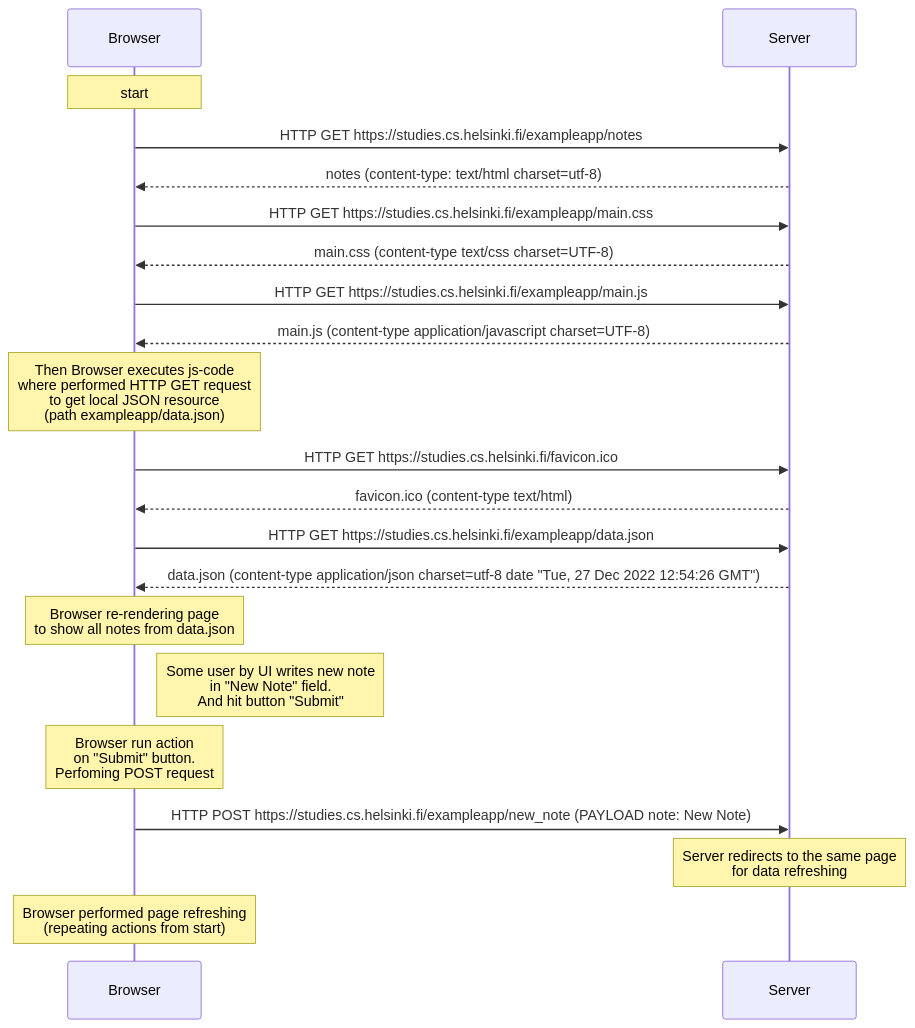
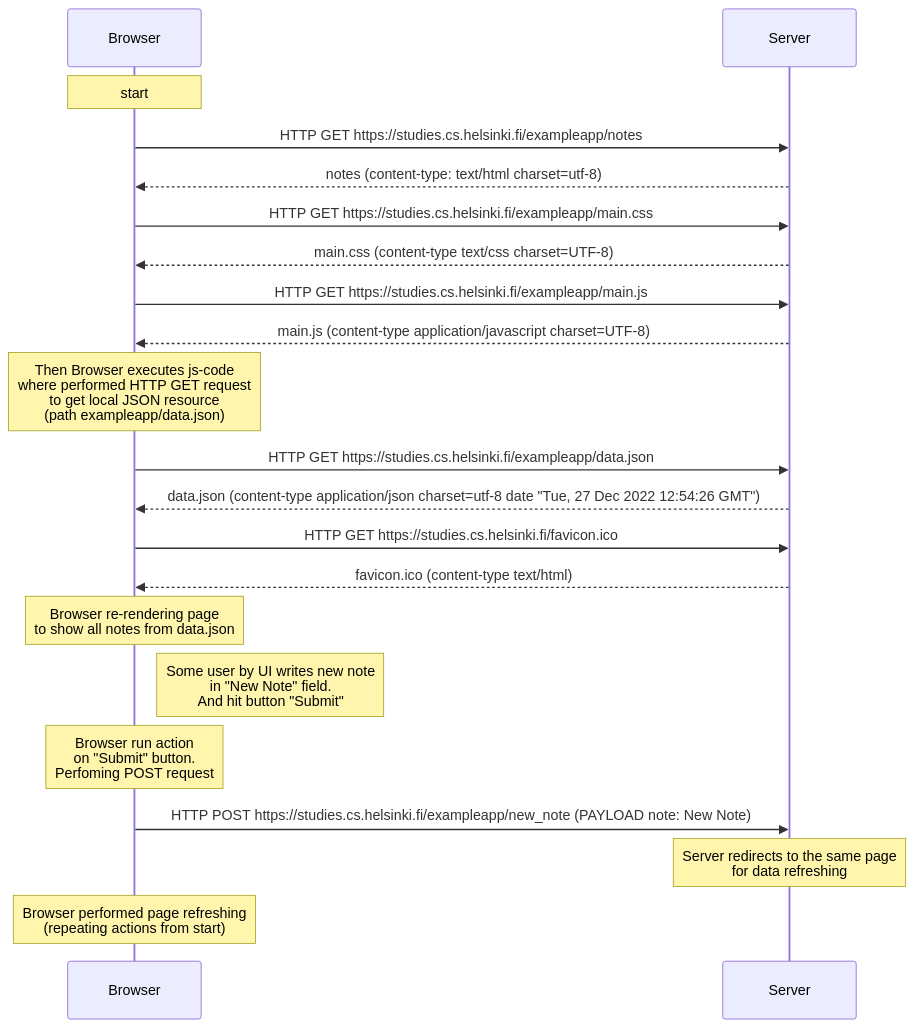
The diagram in PART 0/ex4.md (alfirst/mluukkai), drawn with Mermaid before and after one commit. The commit also changed other lines of this file, not shown here.

````diff
--- a/PART 0/ex4.md
+++ b/PART 0/ex4.md
@@ -1,33 +1,33 @@
 ```mermaid
 sequenceDiagram
 
 note over Browser: start 
 Browser->>Server: HTTP GET https://studies.cs.helsinki.fi/exampleapp/notes
 Server-->>Browser: notes (content-type: text/html charset=utf-8)
 
 Browser->>Server: HTTP GET https://studies.cs.helsinki.fi/exampleapp/main.css
 Server-->>Browser: main.css (content-type text/css charset=UTF-8)
 
 Browser->>Server: HTTP GET https://studies.cs.helsinki.fi/exampleapp/main.js
 Server-->>Browser: main.js (content-type application/javascript charset=UTF-8)
 
 note over Browser: Then Browser executes js-code <br/> where performed HTTP GET request <br/> to get local JSON resource <br/> (path exampleapp/data.json)
 
+Browser->>Server: HTTP GET https://studies.cs.helsinki.fi/exampleapp/data.json
+Server-->>Browser: data.json (content-type application/json charset=utf-8 date "Tue, 27 Dec 2022 12:54:26 GMT")
+
 Browser->>Server: HTTP GET https://studies.cs.helsinki.fi/favicon.ico
 Server-->>Browser: favicon.ico (content-type text/html)
-
-Browser->>Server: HTTP GET https://studies.cs.helsinki.fi/exampleapp/data.json
-Server-->>Browser: data.json (content-type application/json charset=utf-8 date "Tue, 27 Dec 2022 12:54:26 GMT")
 
 note over Browser: Browser re-rendering page <br/> to show all notes from data.json
 
 note right of Browser: Some user by UI writes new note <br/> in "New Note" field. <br/> And hit button "Submit"
 
 note over Browser: Browser run action<br/> on "Submit" button. <br/> Perfoming POST request 
 
 Browser->>Server: HTTP POST https://studies.cs.helsinki.fi/exampleapp/new_note (PAYLOAD note: New Note)
 
 note over Server: Server redirects to the same page <br/>  for data refreshing
 
 note over Browser: Browser performed page refreshing  <br/> (repeating actions from start)
 ```
````
